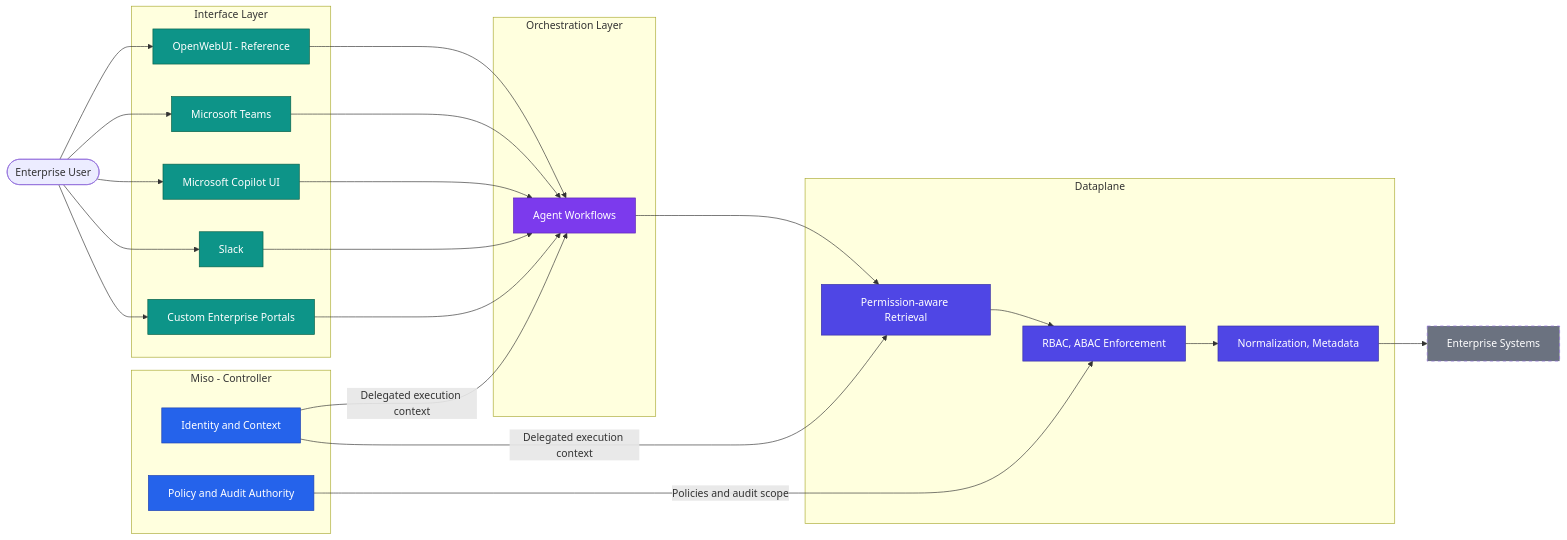
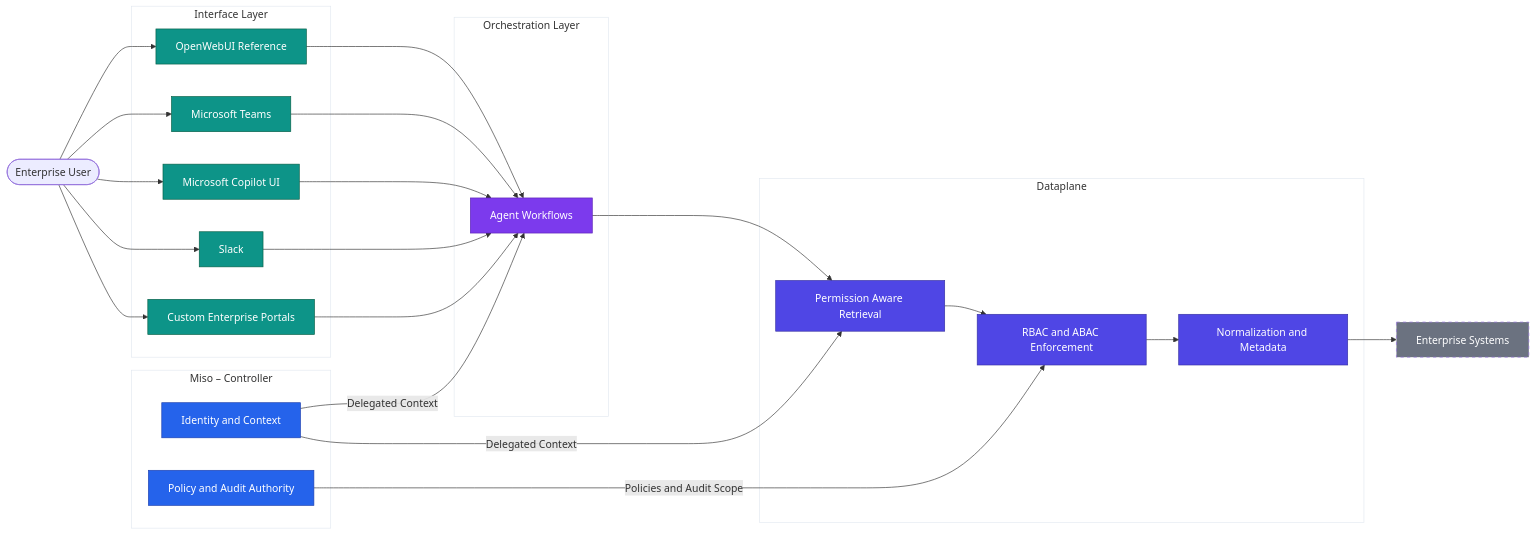
The diagram in docs/interface-layer/interface-concepts.md (esystemsdev/aifabrix-docs), drawn with Mermaid before and after one commit. The commit also changed 5 other files, not shown here.

First line of the commit message:
docs: update controller, orchestration, interface, enterprise, open-standards, and d360 handoff

````diff
--- a/docs/interface-layer/interface-concepts.md
+++ b/docs/interface-layer/interface-concepts.md
@@ -62,54 +62,72 @@
 ```mermaid
 flowchart LR
 
-classDef control fill:#2563EB,color:#ffffff,stroke:#1E40AF;
-classDef core fill:#4F46E5,color:#ffffff,stroke:#3730A3;
-classDef flow fill:#7C3AED,color:#ffffff,stroke:#5B21B6;
-classDef ui fill:#0D9488,color:#ffffff,stroke:#065F46;
-classDef external fill:#6B7280,color:#ffffff,stroke-dasharray: 5 5;
+%% ==================================================
+%% Class Definitions (Mandatory) [cite: 68-75]
+%% ==================================================
+classDef control fill:#2563EB,color:#ffffff,stroke:#1E40AF
+classDef core fill:#4F46E5,color:#ffffff,stroke:#3730A3
+classDef flow fill:#7C3AED,color:#ffffff,stroke:#5B21B6
+classDef ui fill:#0D9488,color:#ffffff,stroke:#065F46
+classDef external fill:#6B7280,color:#ffffff,stroke-dasharray: 5 5
 
-user([Enterprise User])
+%% Neutralize subgraph backgrounds for architectural neutrality [cite: 83]
+style interface_layer fill:none,stroke:#E2E8F0
+style orchestration_layer fill:none,stroke:#E2E8F0
+style dataplane_layer fill:none,stroke:#E2E8F0
+style miso_controller_layer fill:none,stroke:#E2E8F0
+
+%% ==================================================
+%% Nodes & Subgraphs [cite: 51, 83-93]
+%% ==================================================
+enterprise_user([Enterprise User])
 
 subgraph interface_layer["Interface Layer"]
-  openwebui["OpenWebUI - Reference"]:::ui
-  teams["Microsoft Teams"]:::ui
-  copilot["Microsoft Copilot UI"]:::ui
-  slack["Slack"]:::ui
-  portal["Custom Enterprise Portals"]:::ui
+    open_webui["OpenWebUI Reference"]:::ui
+    ms_teams["Microsoft Teams"]:::ui
+    ms_copilot_ui["Microsoft Copilot UI"]:::ui
+    slack_ui["Slack"]:::ui
+    custom_portals["Custom Enterprise Portals"]:::ui
 end
 
 subgraph orchestration_layer["Orchestration Layer"]
-  agent["Agent Workflows"]:::flow
+    agent_workflows["Agent Workflows"]:::flow
 end
 
-subgraph dataplane["Dataplane"]
-  retrieval["Permission-aware Retrieval"]:::core
-  enforcement["RBAC, ABAC Enforcement"]:::core
-  normalization["Normalization, Metadata"]:::core
+subgraph dataplane_layer["Dataplane"]
+    permission_retrieval["Permission Aware Retrieval"]:::core
+    access_enforcement["RBAC and ABAC Enforcement"]:::core
+    metadata_normalization["Normalization and Metadata"]:::core
 end
 
-subgraph miso["Miso - Controller"]
-  identity["Identity and Context"]:::control
-  policy["Policy and Audit Authority"]:::control
+subgraph miso_controller_layer["Miso – Controller"]
+    identity_context["Identity and Context"]:::control
+    policy_authority["Policy and Audit Authority"]:::control
 end
 
-systems["Enterprise Systems"]:::external
+enterprise_systems["Enterprise Systems"]:::external
 
-user --> openwebui
-user --> teams
-user --> copilot
-user --> slack
-user --> portal
+%% ==================================================
+%% Relationships & Flow [cite: 101-107]
+%% ==================================================
+enterprise_user --> open_webui
+enterprise_user --> ms_teams
+enterprise_user --> ms_copilot_ui
+enterprise_user --> slack_ui
+enterprise_user --> custom_portals
 
-openwebui --> agent
-teams --> agent
-copilot --> agent
-slack --> agent
-portal --> agent
+open_webui --> agent_workflows
+ms_teams --> agent_workflows
+ms_copilot_ui --> agent_workflows
+slack_ui --> agent_workflows
+custom_portals --> agent_workflows
 
-agent --> retrieval --> enforcement --> normalization --> systems
+agent_workflows --> permission_retrieval
+permission_retrieval --> access_enforcement
+access_enforcement --> metadata_normalization
+metadata_normalization --> enterprise_systems
 
-identity -->|Delegated execution context| agent
-identity -->|Delegated execution context| retrieval
-policy -->|Policies and audit scope| enforcement
+identity_context -->|Delegated Context| agent_workflows
+identity_context -->|Delegated Context| permission_retrieval
+policy_authority -->|Policies and Audit Scope| access_enforcement
 ```
````
